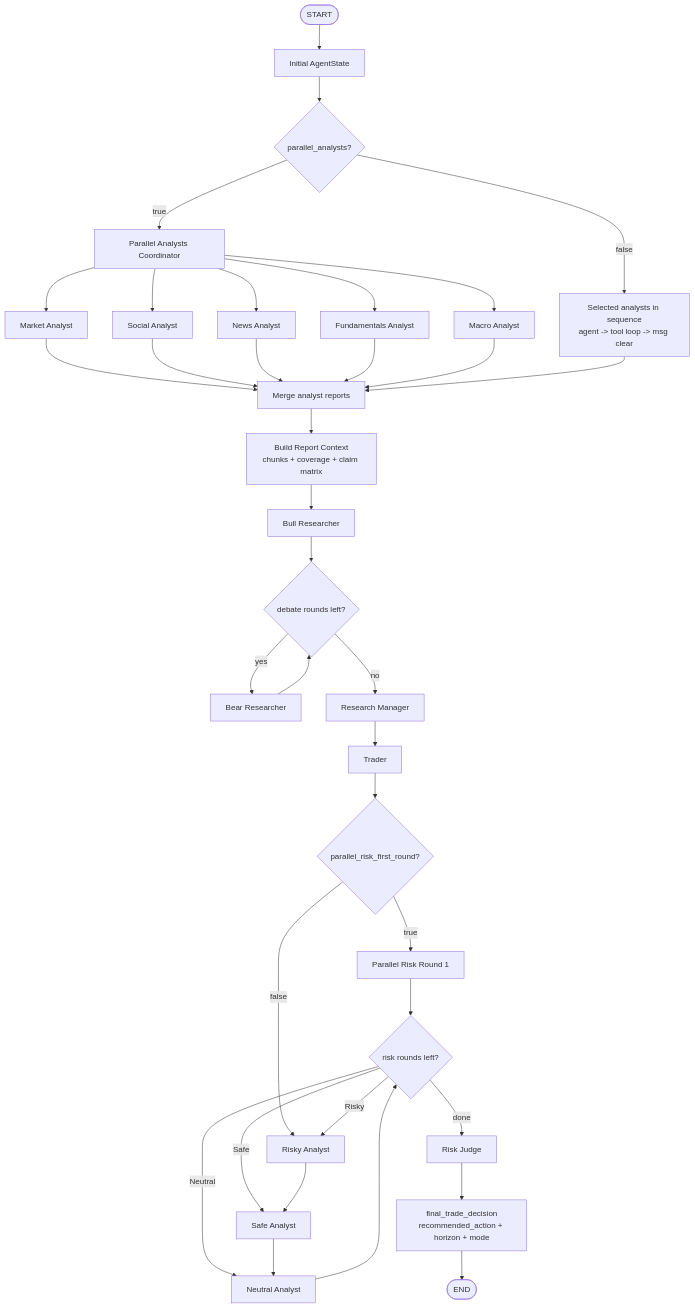
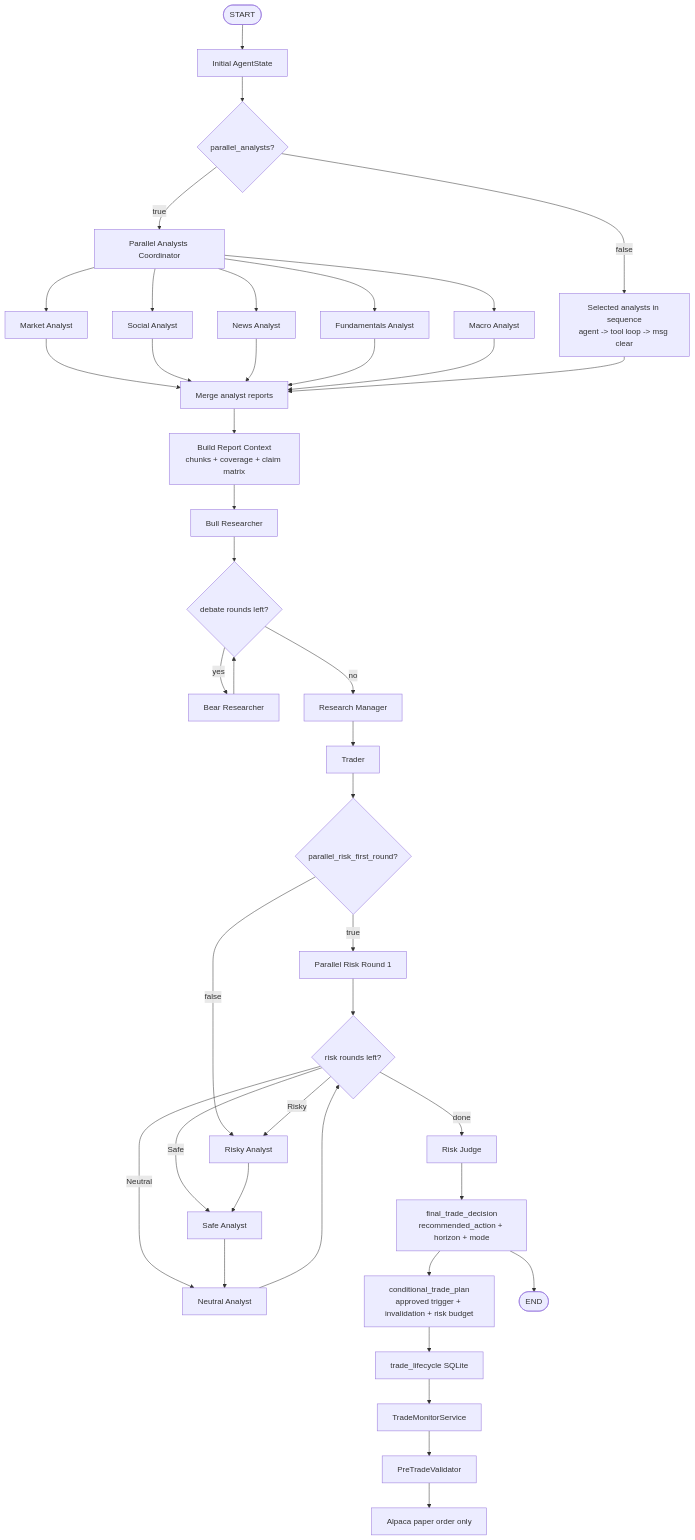
One commit to kingdogisme/AlpacaTradingAgent changed the second of 3 diagrams in docs/architecture-mermaid.md. Above: the diagram before and after it, drawn with Mermaid. The commit also changed other lines of this file and 93 other files, not shown here.

Commit message:
feat: add evaluation harness and trade lifecycle monitoring

````diff
--- a/docs/architecture-mermaid.md
+++ b/docs/architecture-mermaid.md
@@ -200,46 +206,51 @@
 ```mermaid
 flowchart TD
   Start([START]) --> Init["Initial AgentState"]
 
   Init --> AnalystMode{"parallel_analysts?"}
   AnalystMode -->|"true"| Parallel["Parallel Analysts Coordinator"]
   AnalystMode -->|"false"| SeqMarket["Selected analysts in sequence<br/>agent -> tool loop -> msg clear"]
 
   Parallel --> Market["Market Analyst"]
   Parallel --> Social["Social Analyst"]
   Parallel --> News["News Analyst"]
   Parallel --> Fundamentals["Fundamentals Analyst"]
   Parallel --> Macro["Macro Analyst"]
 
   Market --> Merge["Merge analyst reports"]
   Social --> Merge
   News --> Merge
   Fundamentals --> Merge
   Macro --> Merge
   SeqMarket --> Merge
 
   Merge --> Context["Build Report Context<br/>chunks + coverage + claim matrix"]
 
   Context --> Bull["Bull Researcher"]
   Bull --> DebateCheck{"debate rounds left?"}
   DebateCheck -->|"yes"| Bear["Bear Researcher"]
   Bear --> DebateCheck
   DebateCheck -->|"no"| ResearchMgr["Research Manager"]
 
   ResearchMgr --> Trader["Trader"]
   Trader --> RiskMode{"parallel_risk_first_round?"}
   RiskMode -->|"true"| RiskParallel["Parallel Risk Round 1"]
   RiskMode -->|"false"| Risky["Risky Analyst"]
 
   RiskParallel --> RiskLoop{"risk rounds left?"}
   RiskLoop -->|"Risky"| Risky
   RiskLoop -->|"Safe"| Safe["Safe Analyst"]
   RiskLoop -->|"Neutral"| Neutral["Neutral Analyst"]
   RiskLoop -->|"done"| RiskJudge["Risk Judge"]
 
   Risky --> Safe
   Safe --> Neutral
   Neutral --> RiskLoop
   RiskJudge --> Final["final_trade_decision<br/>recommended_action + horizon + mode"]
+  Final --> TradePlan["conditional_trade_plan<br/>approved trigger + invalidation + risk budget"]
+  TradePlan --> LifecycleDB["trade_lifecycle SQLite"]
+  LifecycleDB --> Monitor["TradeMonitorService"]
+  Monitor --> Validator["PreTradeValidator"]
+  Validator --> PaperOrder["Alpaca paper order only"]
   Final --> End([END])
 ```
````
